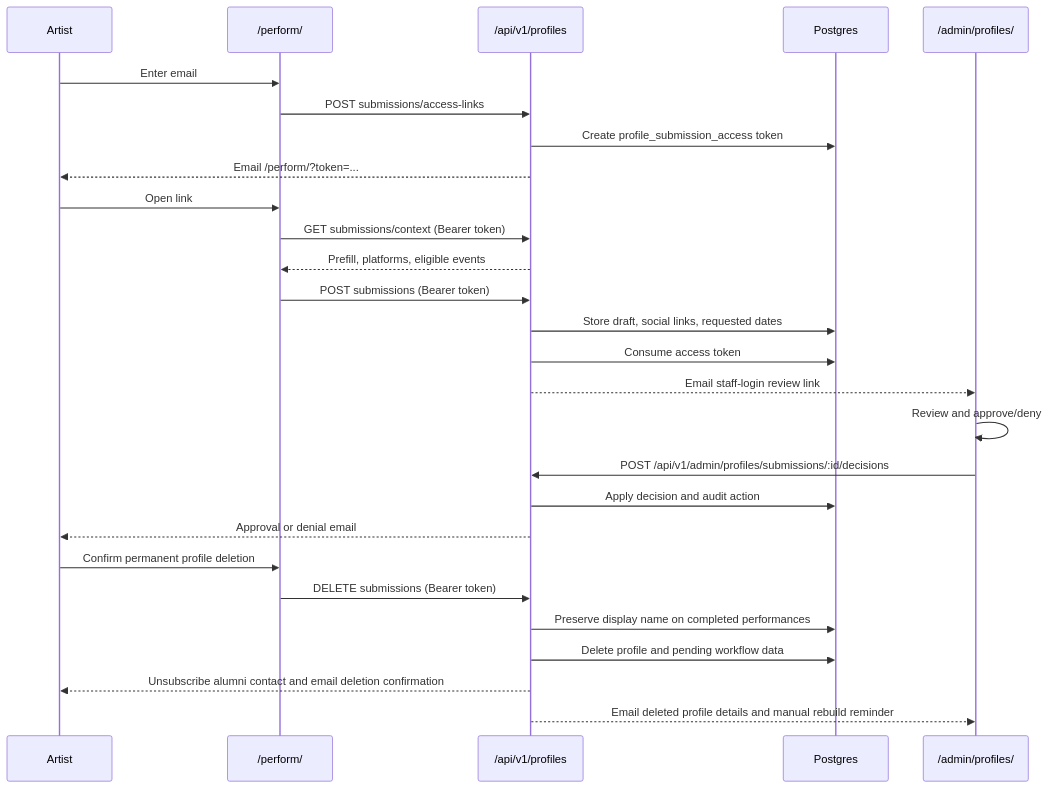
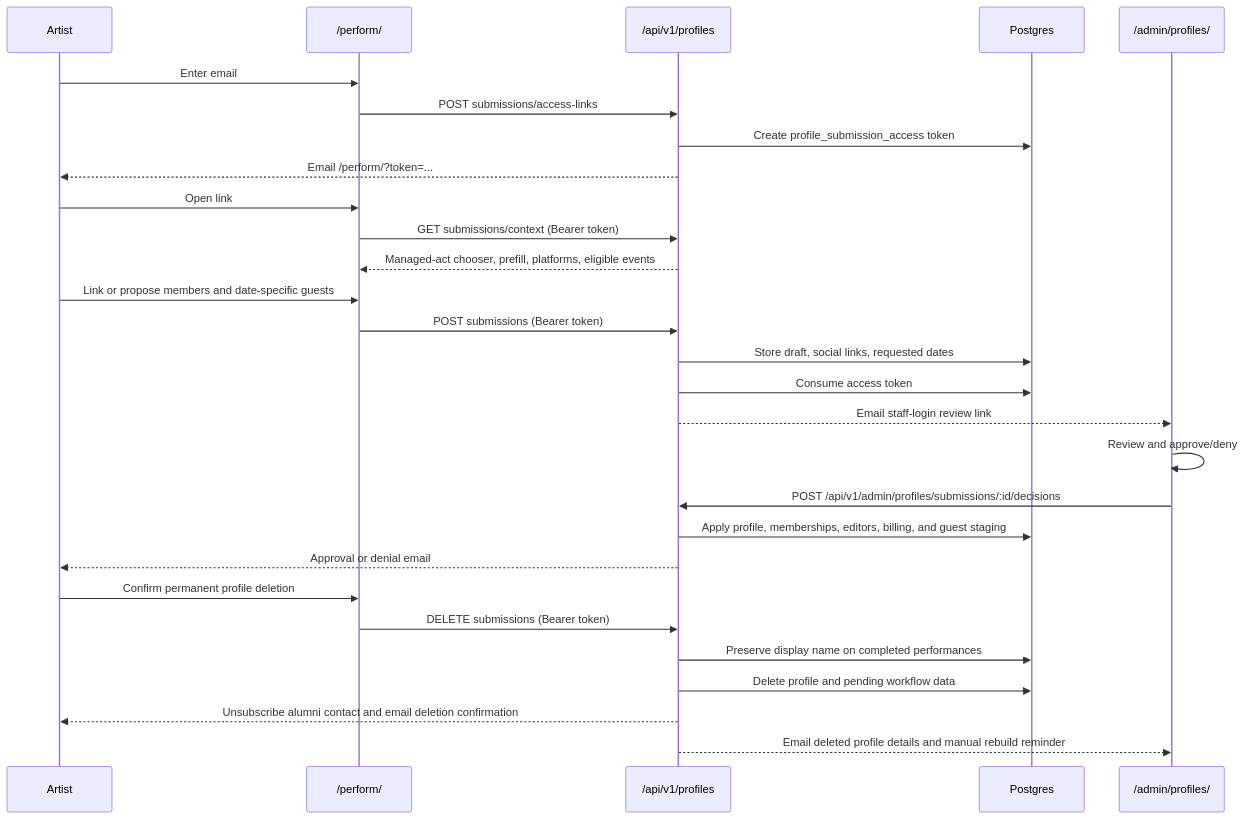
Before and after one commit to emom-sydney/website: the first of 3 diagrams in PERFORMER_WORKFLOW_FLOW.md, drawn with Mermaid. The commit also changed other lines of this file and 17 other files, not shown here.

````diff
--- a/PERFORMER_WORKFLOW_FLOW.md
+++ b/PERFORMER_WORKFLOW_FLOW.md
@@ -8,31 +8,32 @@
 ```mermaid
 sequenceDiagram
     participant Artist
     participant Site as /perform/
     participant API as /api/v1/profiles
     participant DB as Postgres
     participant Staff as /admin/profiles/
 
     Artist->>Site: Enter email
     Site->>API: POST submissions/access-links
     API->>DB: Create profile_submission_access token
     API-->>Artist: Email /perform/?token=...
     Artist->>Site: Open link
     Site->>API: GET submissions/context (Bearer token)
-    API-->>Site: Prefill, platforms, eligible events
+    API-->>Site: Managed-act chooser, prefill, platforms, eligible events
+    Artist->>Site: Link or propose members and date-specific guests
     Site->>API: POST submissions (Bearer token)
     API->>DB: Store draft, social links, requested dates
     API->>DB: Consume access token
     API-->>Staff: Email staff-login review link
     Staff->>Staff: Review and approve/deny
     Staff->>API: POST /api/v1/admin/profiles/submissions/:id/decisions
-    API->>DB: Apply decision and audit action
+    API->>DB: Apply profile, memberships, editors, billing, and guest staging
     API-->>Artist: Approval or denial email
 
     Artist->>Site: Confirm permanent profile deletion
     Site->>API: DELETE submissions (Bearer token)
     API->>DB: Preserve display name on completed performances
     API->>DB: Delete profile and pending workflow data
     API-->>Artist: Unsubscribe alumni contact and email deletion confirmation
     API-->>Staff: Email deleted profile details and manual rebuild reminder
 ```
````
